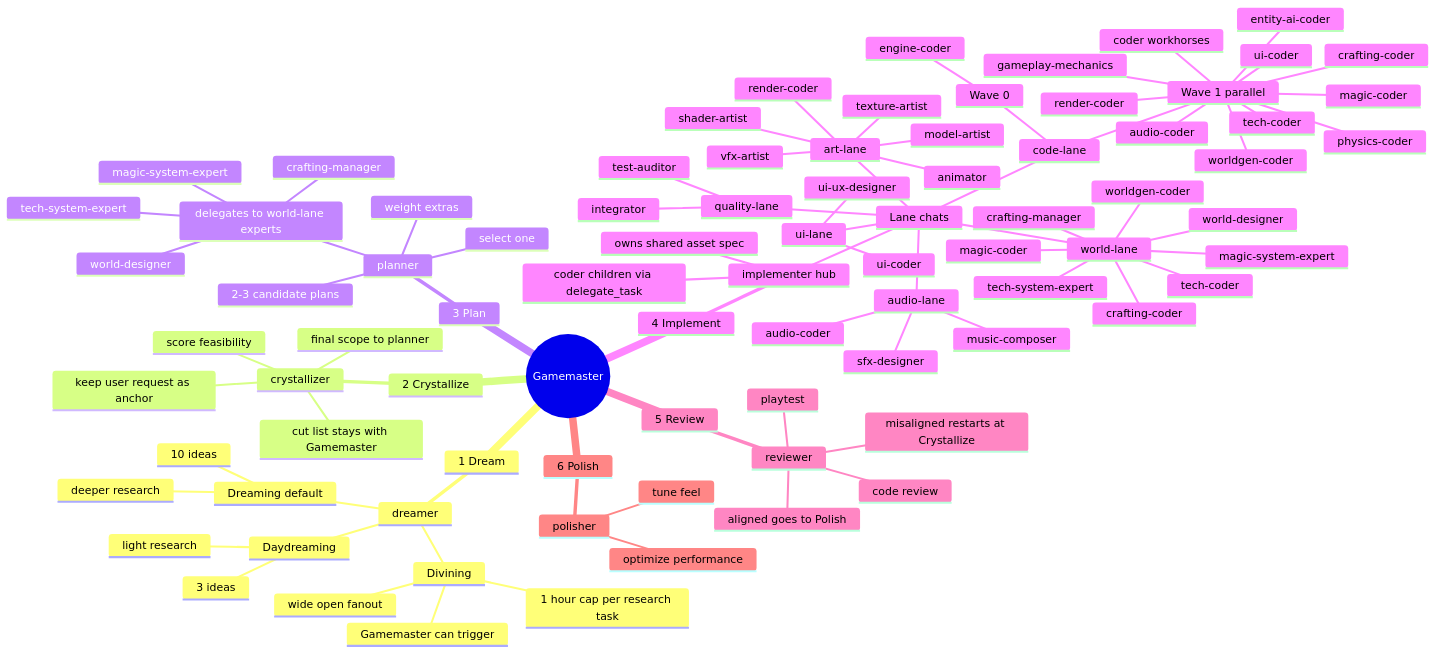
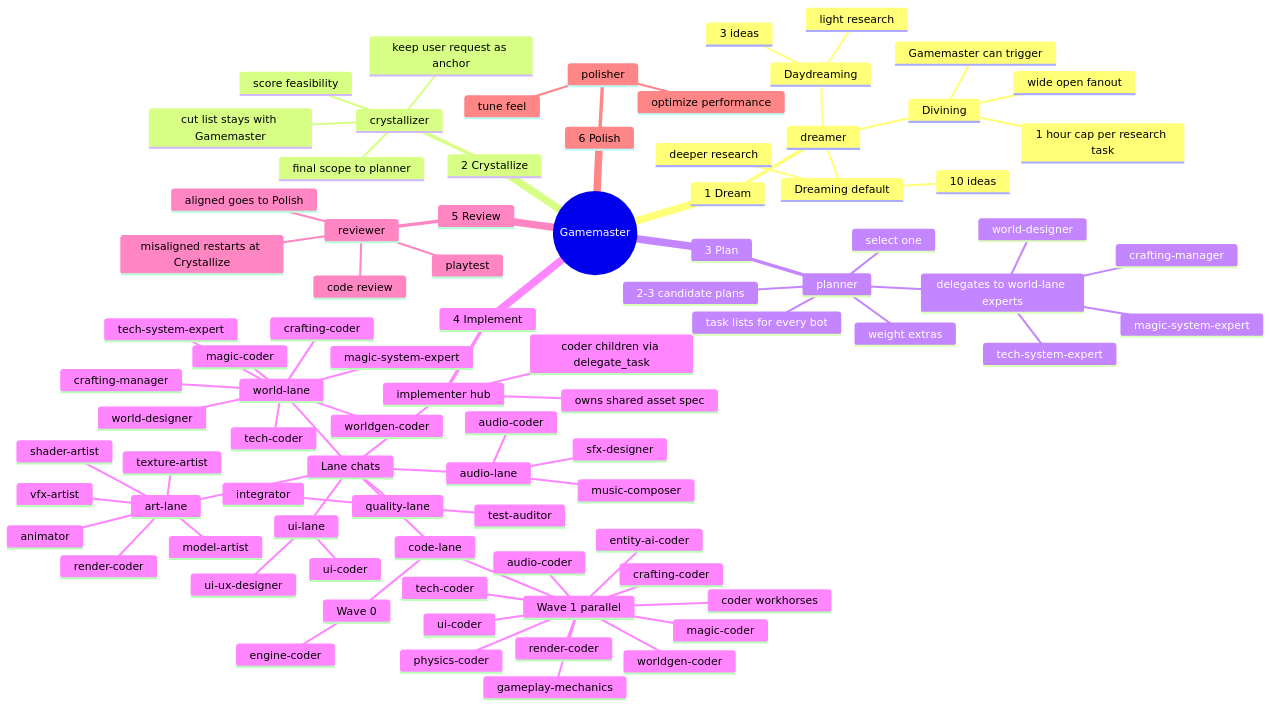
Before and after one commit to Koede/game-workflow: the diagram in docs/diagrams/gamemaster_mindmap.md, drawn with Mermaid. The commit also changed other lines of this file and 5 other files, not shown here.

First line of the commit message:
Planner owns the per-bot task lists

```diff
--- a/docs/diagrams/gamemaster_mindmap.md
+++ b/docs/diagrams/gamemaster_mindmap.md
@@ -88,6 +88,7 @@
         2-3 candidate plans
         select one
         weight extras
+        task lists for every bot
         delegates to world-lane experts
           tech-system-expert
           magic-system-expert
```
